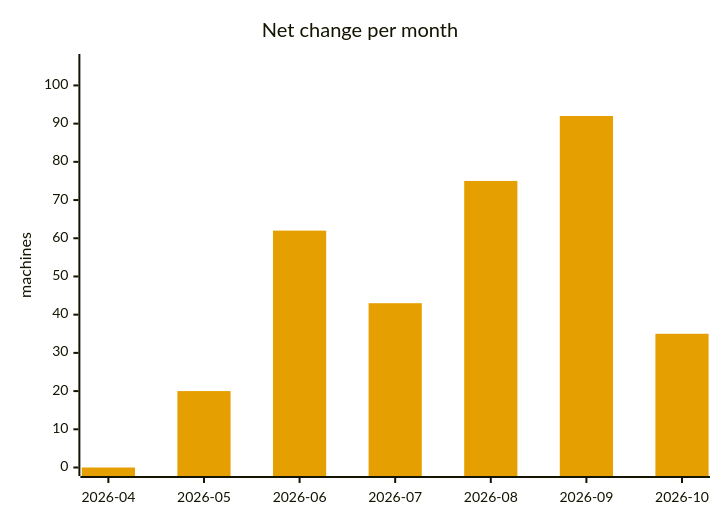
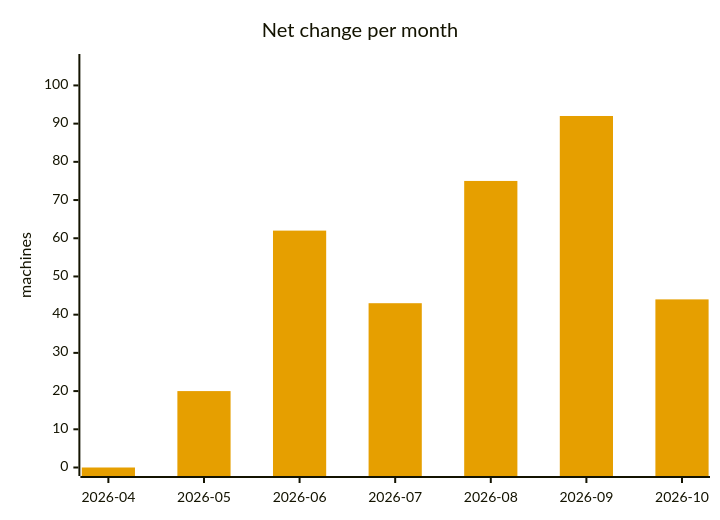
The fifth of 5 diagrams in ANALYSIS.md (cheeaun/returnright-data), drawn with Mermaid before and after one commit. The commit also changed other lines of this file and 4 other files, not shown here.

````diff
--- a/ANALYSIS.md
+++ b/ANALYSIS.md
@@ -263,13 +265,13 @@
 ```mermaid
 ---
 config:
   themeVariables:
     xyChart:
       plotColorPalette: "#E69F00"
 ---
 xychart-beta
     title "Net change per month"
     x-axis ["2026-04", "2026-05", "2026-06", "2026-07", "2026-08", "2026-09", "2026-10"]
     y-axis "machines" 0 --> 106
-    bar [0, 20, 62, 43, 75, 92, 35]
+    bar [0, 20, 62, 43, 75, 92, 44]
 ```
````
